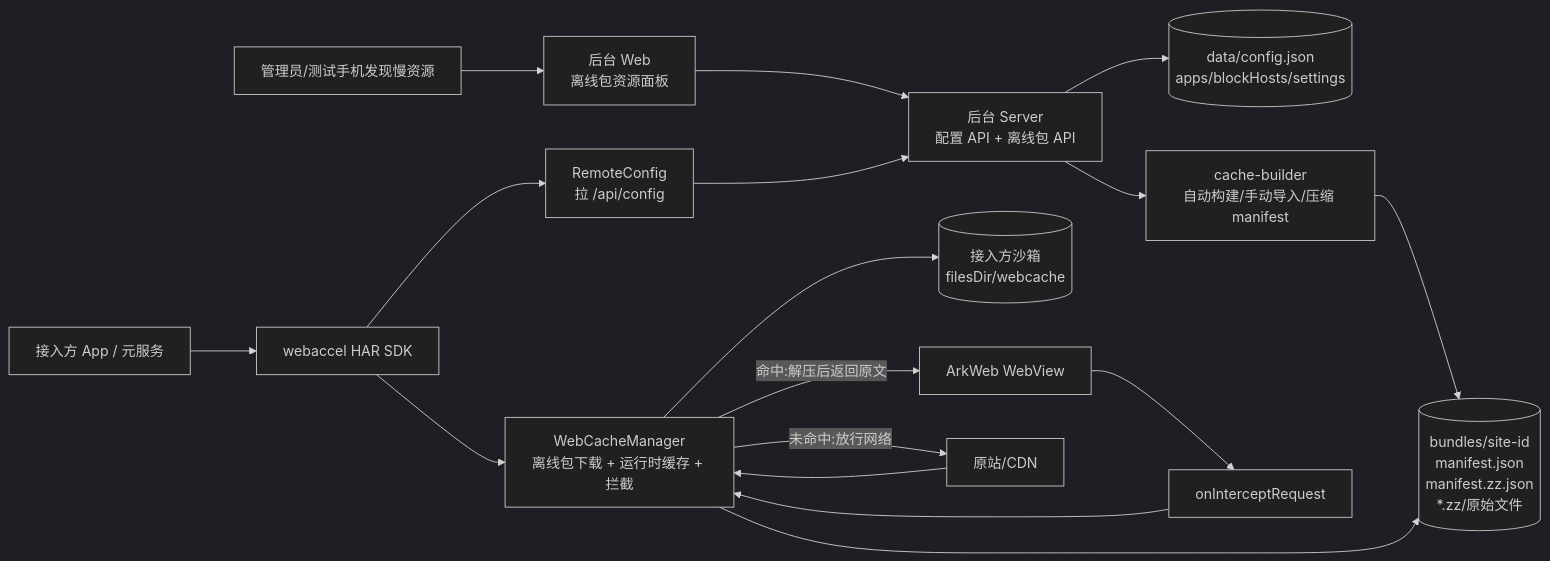
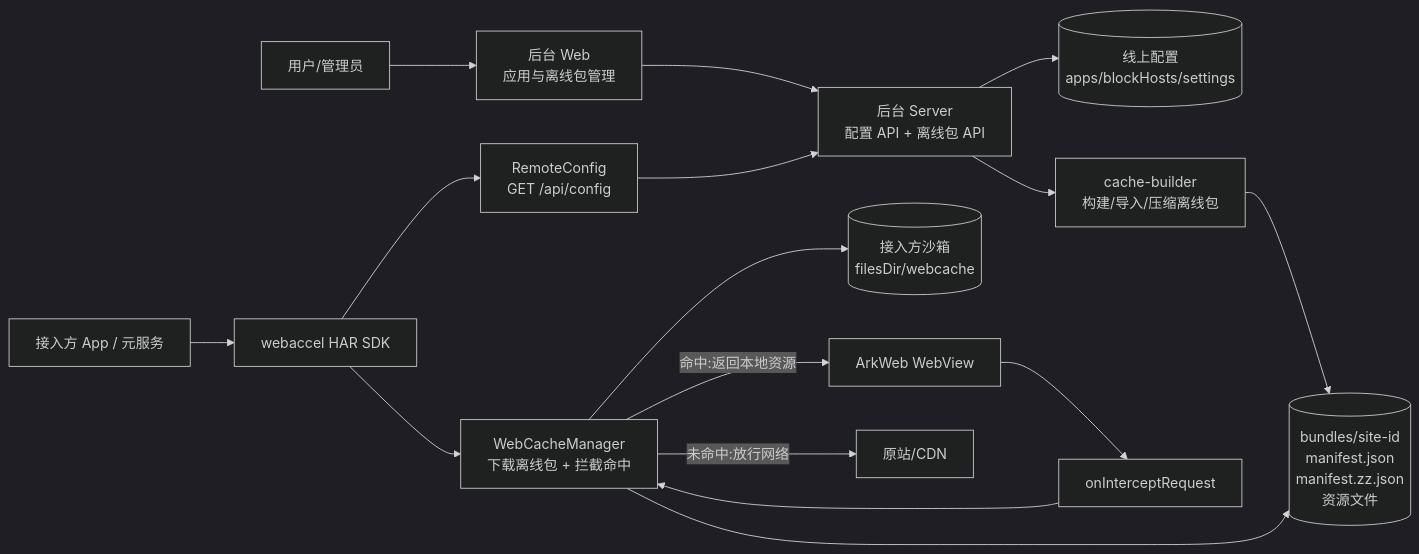
The first of 5 diagrams in OFFLINE_BUNDLE_ARCHITECTURE.md (XiGuaShuai/harm-youhua), drawn with Mermaid (dark theme) before and after one commit. The commit also changed other lines of this file and 15 other files, not shown here.

````diff
--- a/OFFLINE_BUNDLE_ARCHITECTURE.md
+++ b/OFFLINE_BUNDLE_ARCHITECTURE.md
@@ -9,22 +9,21 @@
 ```mermaid
 flowchart LR
-  AdminUser[管理员/测试手机发现慢资源] --> AdminWeb[后台 Web<br/>离线包资源面板]
+  User[用户/管理员] --> AdminWeb[后台 Web<br/>应用与离线包管理]
   AdminWeb --> AdminServer[后台 Server<br/>配置 API + 离线包 API]
 
-  AdminServer --> Config[(data/config.json<br/>apps/blockHosts/settings)]
-  AdminServer --> Builder[cache-builder<br/>自动构建/手动导入/压缩 manifest]
-  Builder --> Bundles[(bundles/site-id<br/>manifest.json<br/>manifest.zz.json<br/>*.zz/原始文件)]
+  AdminServer --> Config[(线上配置<br/>apps/blockHosts/settings)]
+  AdminServer --> Builder[cache-builder<br/>构建/导入/压缩离线包]
+  Builder --> Bundles[(bundles/site-id<br/>manifest.json<br/>manifest.zz.json<br/>资源文件)]
 
   App[接入方 App / 元服务] --> SDK[webaccel HAR SDK]
-  SDK --> RemoteConfig[RemoteConfig<br/>拉 /api/config]
+  SDK --> RemoteConfig[RemoteConfig<br/>GET /api/config]
   RemoteConfig --> AdminServer
-  SDK --> CacheManager[WebCacheManager<br/>离线包下载 + 运行时缓存 + 拦截]
+  SDK --> CacheManager[WebCacheManager<br/>下载离线包 + 拦截命中]
   CacheManager --> Bundles
   CacheManager --> Sandbox[(接入方沙箱<br/>filesDir/webcache)]
 
   WebView[ArkWeb WebView] --> Intercept[onInterceptRequest]
   Intercept --> CacheManager
-  CacheManager -->|命中:解压后返回原文| WebView
+  CacheManager -->|命中:返回本地资源| WebView
   CacheManager -->|未命中:放行网络| Origin[原站/CDN]
-  Origin --> CacheManager
 ```
````
